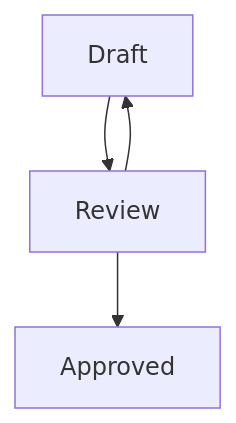
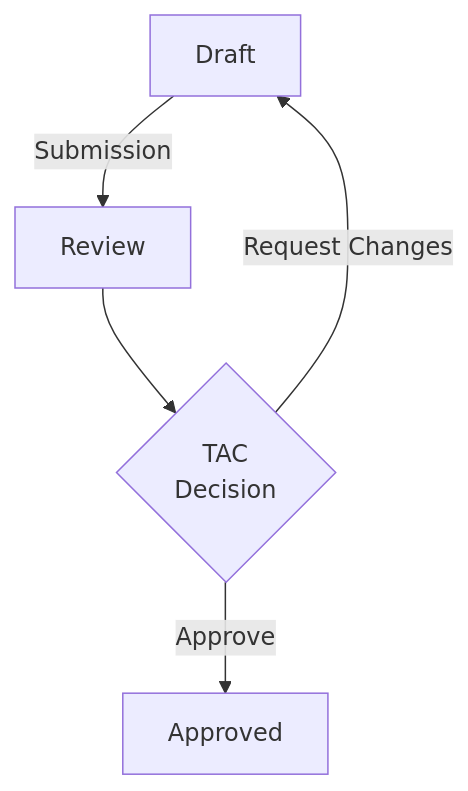
The diagram in docs/governance/paper-lifecycle.md (openwallet-foundation/tac), drawn with Mermaid before and after one commit.

Commit message:
Update diagram

````diff
--- a/docs/governance/paper-lifecycle.md
+++ b/docs/governance/paper-lifecycle.md
@@ -11,10 +11,12 @@
 ```mermaid
 flowchart
   d[Draft]
   r[Review]
+  t{TAC\nDecision}
   a[Approved]
 
-  d --> r
-  r --> d
-  r --> a
+  d -->|Submission| r
+  r --> t
+  t -->|Request Changes| d
+  t -->|Approve| a
 ```
````
